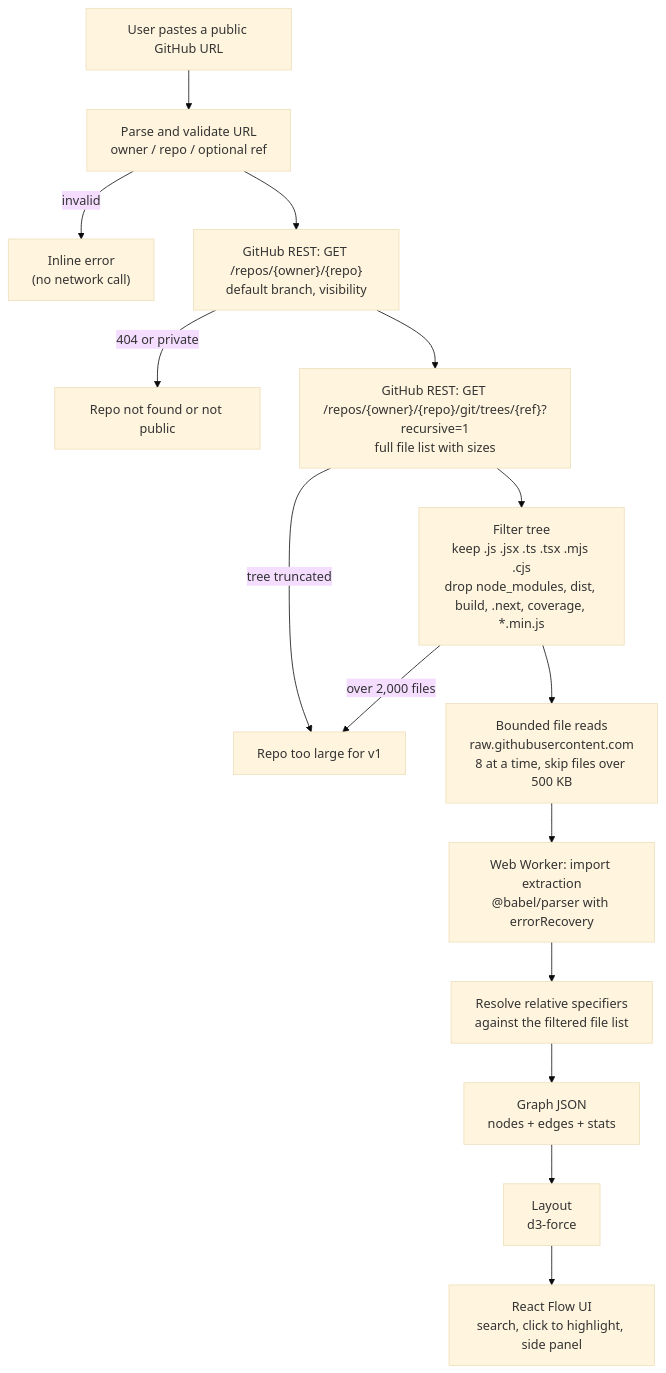
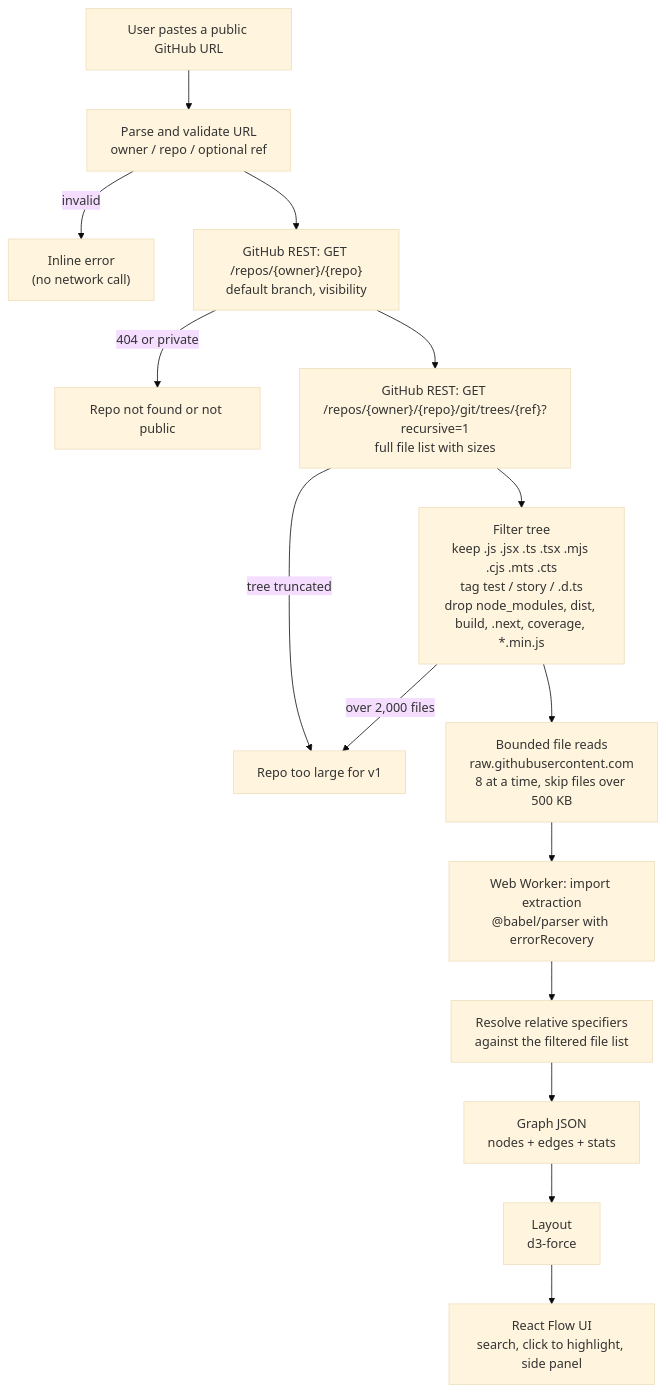
The diagram in docs/ARCHITECTURE.md (Pantelis0/RepoXray), drawn with Mermaid (base theme) before and after one commit. The commit also changed other lines of this file and 15 other files, not shown here.

````diff
--- a/docs/ARCHITECTURE.md
+++ b/docs/ARCHITECTURE.md
@@ -10,17 +10,17 @@
 ```mermaid
 flowchart TD
   A["User pastes a public GitHub URL"] --> B["Parse and validate URL<br/>owner / repo / optional ref"]
   B -->|invalid| X1["Inline error<br/>(no network call)"]
   B --> C["GitHub REST: GET /repos/{owner}/{repo}<br/>default branch, visibility"]
   C -->|404 or private| X2["Repo not found or not public"]
   C --> D["GitHub REST: GET /repos/{owner}/{repo}/git/trees/{ref}?recursive=1<br/>full file list with sizes"]
   D -->|tree truncated| X3["Repo too large for v1"]
-  D --> E["Filter tree<br/>keep .js .jsx .ts .tsx .mjs .cjs<br/>drop node_modules, dist, build, .next, coverage, *.min.js"]
+  D --> E["Filter tree<br/>keep .js .jsx .ts .tsx .mjs .cjs .mts .cts<br/>tag test / story / .d.ts<br/>drop node_modules, dist, build, .next, coverage, *.min.js"]
   E -->|over 2,000 files| X3
   E --> F["Bounded file reads<br/>raw.githubusercontent.com<br/>8 at a time, skip files over 500 KB"]
   F --> G["Web Worker: import extraction<br/>@babel/parser with errorRecovery"]
   G --> H["Resolve relative specifiers<br/>against the filtered file list"]
   H --> I["Graph JSON<br/>nodes + edges + stats"]
   I --> J["Layout<br/>d3-force"]
   J --> K["React Flow UI<br/>search, click to highlight, side panel"]
 ```
````
